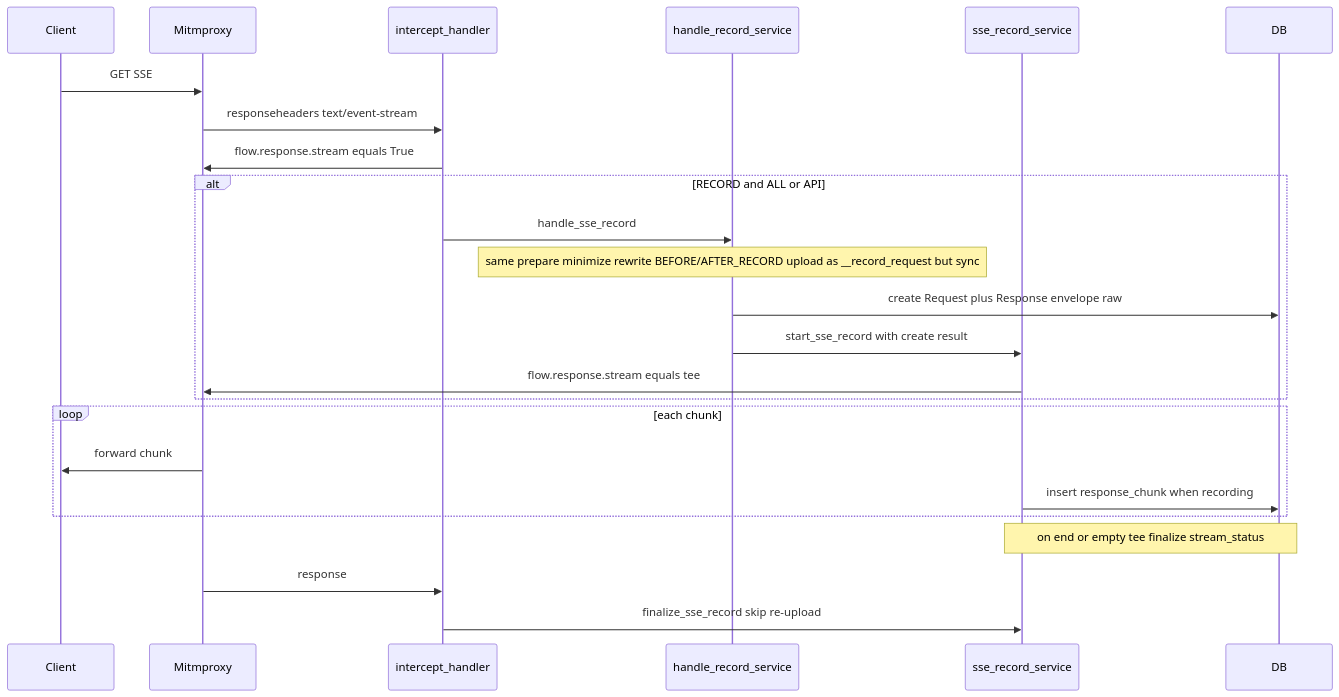
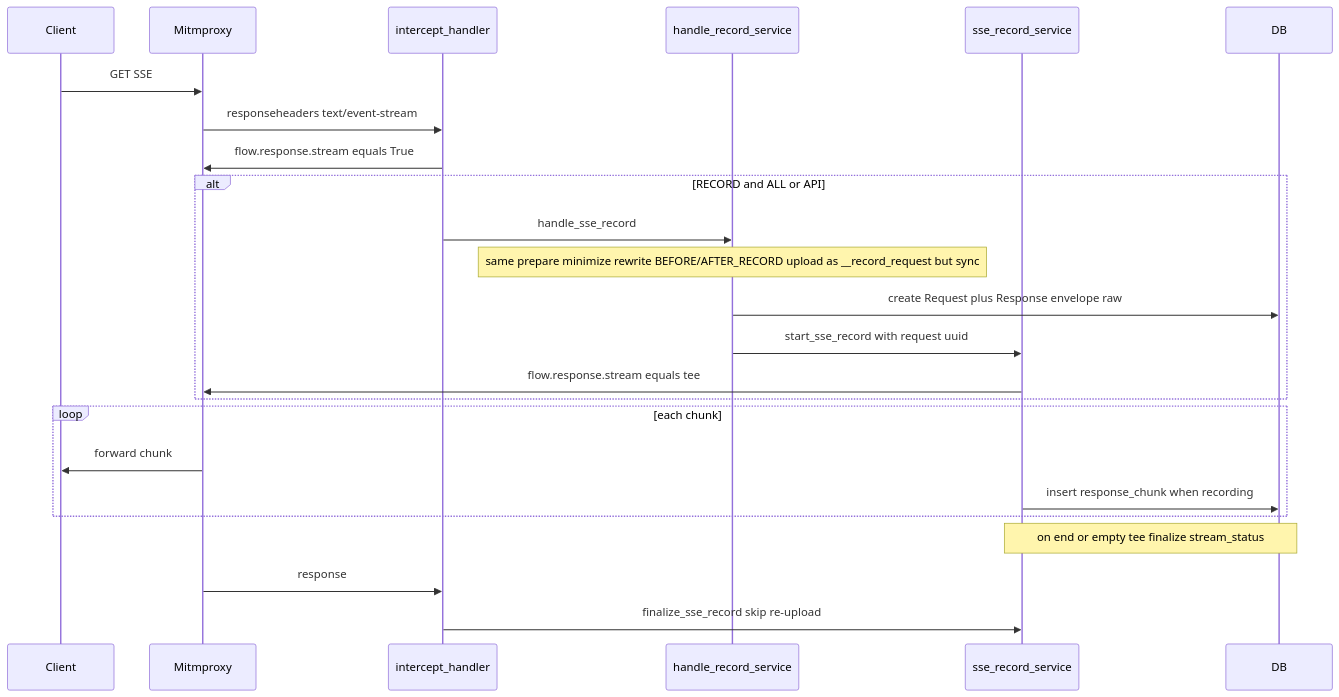
One commit to Stoobly/stoobly-agent changed the first of 3 diagrams in docs/sse-handling.md. Above: the diagram before and after it, drawn with Mermaid. The commit also changed 3 other files, not shown here.

First line of the commit message:
Pass only the request uuid into start_sse_record.

````diff
--- a/docs/sse-handling.md
+++ b/docs/sse-handling.md
@@ -26,27 +26,27 @@
 ```mermaid
 sequenceDiagram
   participant Client
   participant Mitmproxy
   participant Intercept as intercept_handler
   participant Record as handle_record_service
   participant Sse as sse_record_service
   participant DB
 
   Client->>Mitmproxy: GET SSE
   Mitmproxy->>Intercept: responseheaders text/event-stream
   Intercept->>Mitmproxy: flow.response.stream equals True
   alt RECORD and ALL or API
     Intercept->>Record: handle_sse_record
     Note over Record: same prepare minimize rewrite BEFORE/AFTER_RECORD upload as __record_request but sync
     Record->>DB: create Request plus Response envelope raw
-    Record->>Sse: start_sse_record with create result
+    Record->>Sse: start_sse_record with request uuid
     Sse->>Mitmproxy: flow.response.stream equals tee
   end
   loop each chunk
     Mitmproxy->>Client: forward chunk
     Sse->>DB: insert response_chunk when recording
   end
   Note over Sse,DB: on end or empty tee finalize stream_status
   Mitmproxy->>Intercept: response
   Intercept->>Sse: finalize_sse_record skip re-upload
 ```
````
